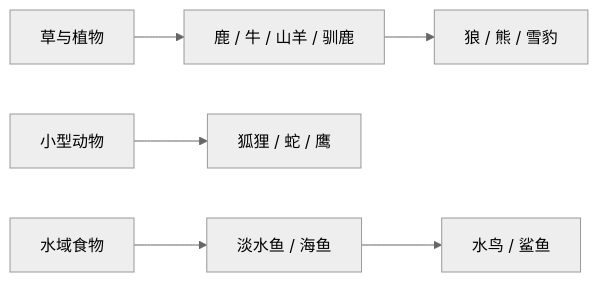
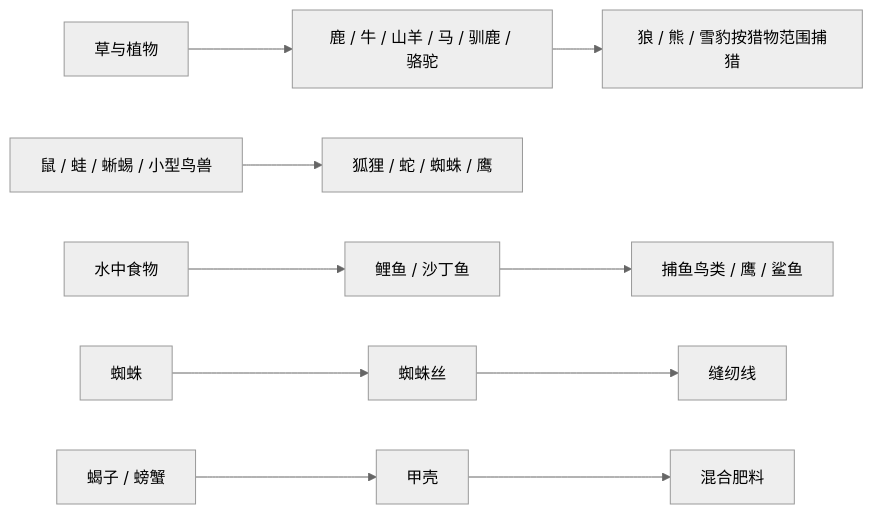
The diagram in 开发文档文件夹/02_实体AI与ECS/必要动物与生态补全清单.md (XDIOEZ/TerraFlat), drawn with Mermaid (neutral theme) before and after one commit. The commit also changed other lines of this file and 157 other files, not shown here.

````diff
--- a/开发文档文件夹/02_实体AI与ECS/必要动物与生态补全清单.md
+++ b/开发文档文件夹/02_实体AI与ECS/必要动物与生态补全清单.md
@@ -81,8 +81,10 @@
 ```mermaid
 flowchart LR
-    A[草与植物] --> B[鹿 / 牛 / 山羊 / 驯鹿]
-    B --> C[狼 / 熊 / 雪豹]
-    D[小型动物] --> E[狐狸 / 蛇 / 鹰]
-    F[水域食物] --> G[淡水鱼 / 海鱼]
-    G --> H[水鸟 / 鲨鱼]
+    A[草与植物] --> B[鹿 / 牛 / 山羊 / 马 / 驯鹿 / 骆驼]
+    B --> C[狼 / 熊 / 雪豹按猎物范围捕猎]
+    D[鼠 / 蛙 / 蜥蜴 / 小型鸟兽] --> E[狐狸 / 蛇 / 蜘蛛 / 鹰]
+    F[水中食物] --> G[鲤鱼 / 沙丁鱼]
+    G --> H[捕鱼鸟类 / 鹰 / 鲨鱼]
+    I[蜘蛛] --> J[蜘蛛丝] --> K[缝纫线]
+    L[蝎子 / 螃蟹] --> M[甲壳] --> N[混合肥料]
 ```
````
